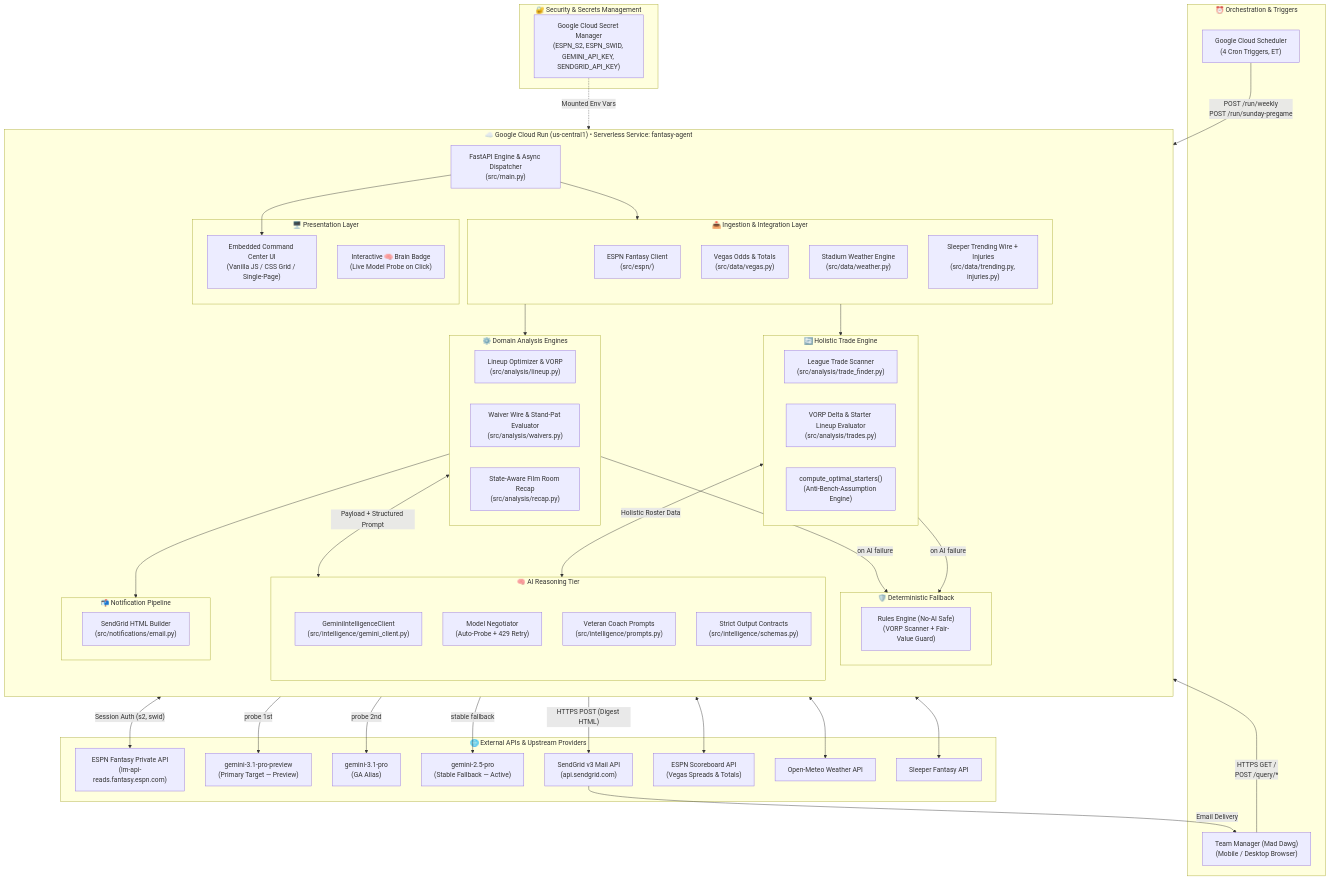
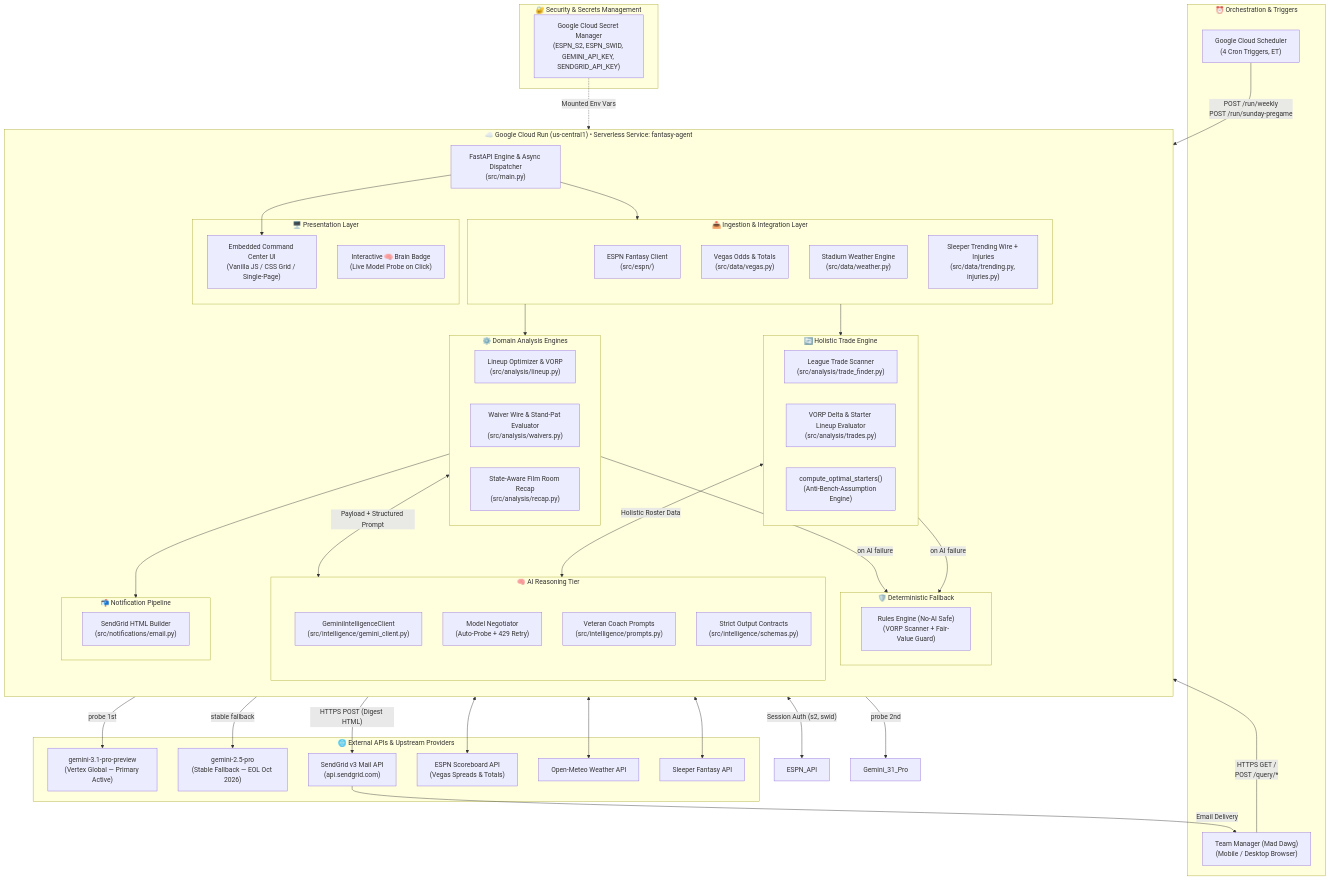
Before and after one commit to damiththa/nfl-fantasy-football-agent: the first of 5 diagrams in ARCHITECTURE.md, drawn with Mermaid. The commit also changed other lines of this file and 3 other files, not shown here.

First line of the commit message:
docs: update Archify specs and architecture docs for Gemini 3.1 Pro and trade memory

```diff
--- a/ARCHITECTURE.md
+++ b/ARCHITECTURE.md
@@ -88,10 +88,8 @@
     end
 
     subgraph External_Services ["🌐 External APIs & Upstream Providers"]
-        ESPN_API["ESPN Fantasy Private API<br/>(lm-api-reads.fantasy.espn.com)"]
-        Gemini_31_Preview["gemini-3.1-pro-preview<br/>(Primary Target — Preview)"]
-        Gemini_31_Pro["gemini-3.1-pro<br/>(GA Alias)"]
-        Gemini_25_Pro["gemini-2.5-pro<br/>(Stable Fallback — Active)"]
+        Gemini_31_Preview["gemini-3.1-pro-preview<br/>(Vertex Global — Primary Active)"]
+        Gemini_25_Pro["gemini-2.5-pro<br/>(Stable Fallback — EOL Oct 2026)"]
         SendGrid_API["SendGrid v3 Mail API<br/>(api.sendgrid.com)"]
         Odds_API["ESPN Scoreboard API<br/>(Vegas Spreads & Totals)"]
         Weather_API["Open-Meteo Weather API"]
```
